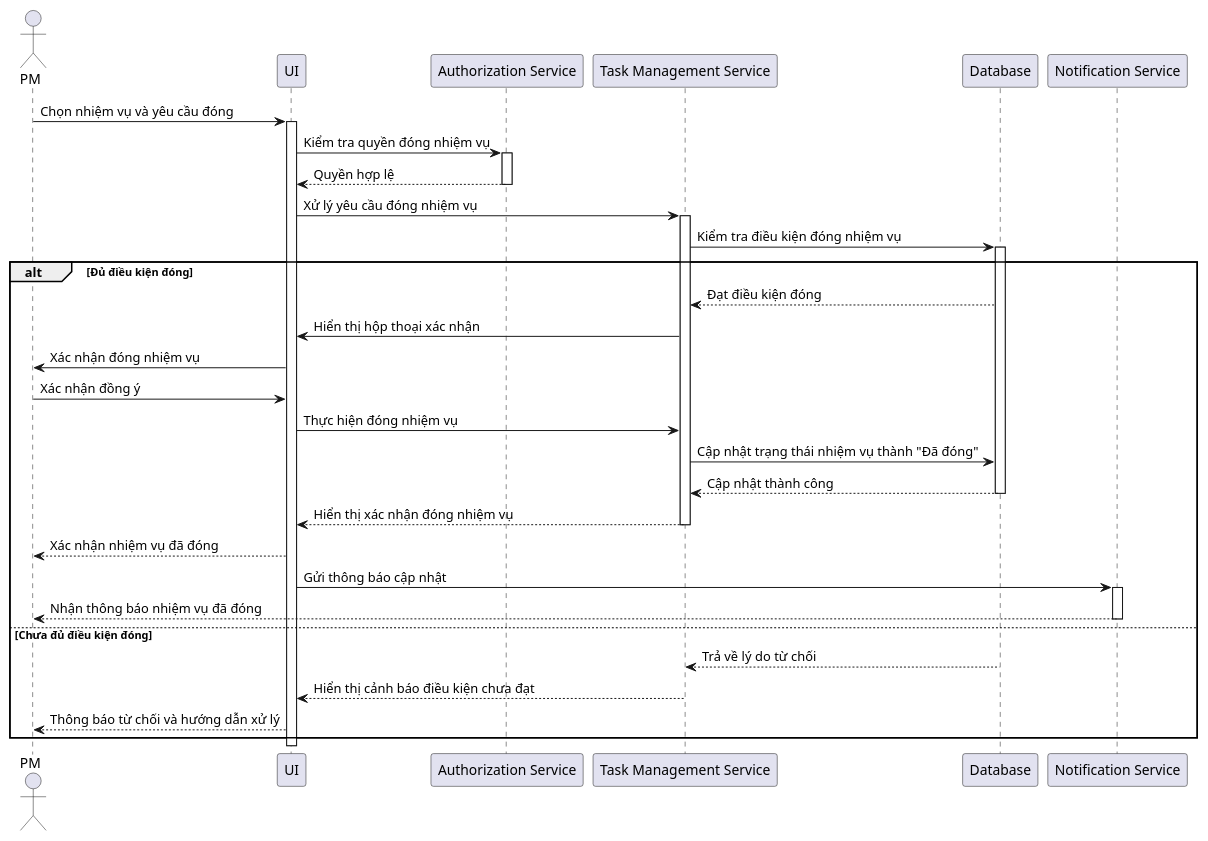
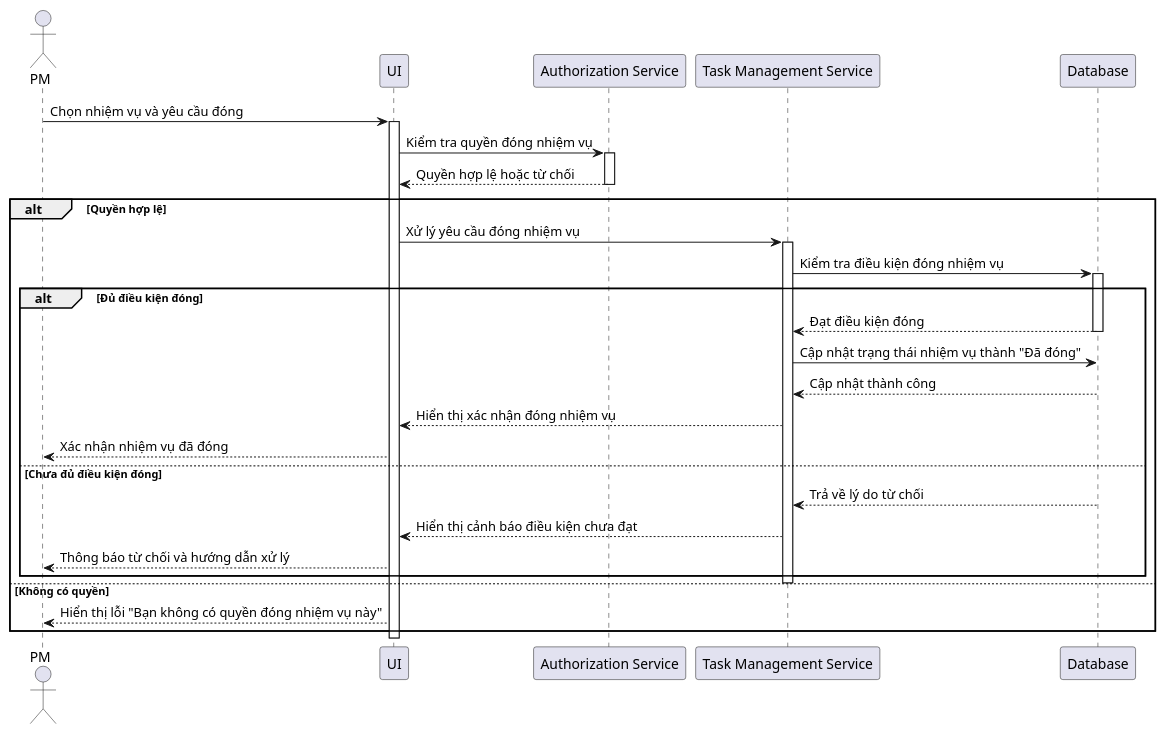
Before and after one commit to MaiDucDuy05/UML: the diagram in module3/DongNV.puml, drawn with PlantUML. The commit also changed 12 other files, not shown here.

```diff
--- a/module3/DongNV.puml
+++ b/module3/DongNV.puml
@@ -1,55 +1,51 @@
 @startuml
 actor "PM" as U
 
 participant "UI" as UI
 participant "Authorization Service"
 participant "Task Management Service" as System
 participant "Database" as DB
-participant "Notification Service"
 
 U -> UI: Chọn nhiệm vụ và yêu cầu đóng
 activate UI
 
 UI -> "Authorization Service": Kiểm tra quyền đóng nhiệm vụ
 activate "Authorization Service"
 
-"Authorization Service" --> UI: Quyền hợp lệ
+"Authorization Service" --> UI: Quyền hợp lệ hoặc từ chối
 deactivate "Authorization Service"
 
-UI -> System: Xử lý yêu cầu đóng nhiệm vụ
-activate System
+alt Quyền hợp lệ
+    UI -> System: Xử lý yêu cầu đóng nhiệm vụ
+    activate System
 
-System -> DB: Kiểm tra điều kiện đóng nhiệm vụ
-activate DB
+    System -> DB: Kiểm tra điều kiện đóng nhiệm vụ
+    activate DB
 
-alt Đủ điều kiện đóng
-    DB --> System: Đạt điều kiện đóng
-    System -> UI: Hiển thị hộp thoại xác nhận
-    UI -> U: Xác nhận đóng nhiệm vụ
-    U -> UI: Xác nhận đồng ý
+    alt Đủ điều kiện đóng
+        DB --> System: Đạt điều kiện đóng
+        deactivate DB
 
-    UI -> System: Thực hiện đóng nhiệm vụ
-    System -> DB: Cập nhật trạng thái nhiệm vụ thành "Đã đóng"
-    DB --> System: Cập nhật thành công
-    deactivate DB
+        System -> DB: Cập nhật trạng thái nhiệm vụ thành "Đã đóng"
+        DB --> System: Cập nhật thành công
+        deactivate DB
 
-    System --> UI: Hiển thị xác nhận đóng nhiệm vụ
+        System --> UI: Hiển thị xác nhận đóng nhiệm vụ
+        UI --> U: Xác nhận nhiệm vụ đã đóng
+
+    else Chưa đủ điều kiện đóng
+        DB --> System: Trả về lý do từ chối
+        deactivate DB
+
+        System --> UI: Hiển thị cảnh báo điều kiện chưa đạt
+        UI --> U: Thông báo từ chối và hướng dẫn xử lý
+    end
+
     deactivate System
-    UI --> U: Xác nhận nhiệm vụ đã đóng
 
-    UI -> "Notification Service": Gửi thông báo cập nhật
-    activate "Notification Service"
-    "Notification Service" --> U: Nhận thông báo nhiệm vụ đã đóng
-    deactivate "Notification Service"
-
-else Chưa đủ điều kiện đóng
-    DB --> System: Trả về lý do từ chối
-    deactivate DB
-
-    System --> UI: Hiển thị cảnh báo điều kiện chưa đạt
-    deactivate System
-    UI --> U: Thông báo từ chối và hướng dẫn xử lý
-
+else Không có quyền
+    UI --> U: Hiển thị lỗi "Bạn không có quyền đóng nhiệm vụ này"
 end
 
+deactivate UI
 @enduml
```
